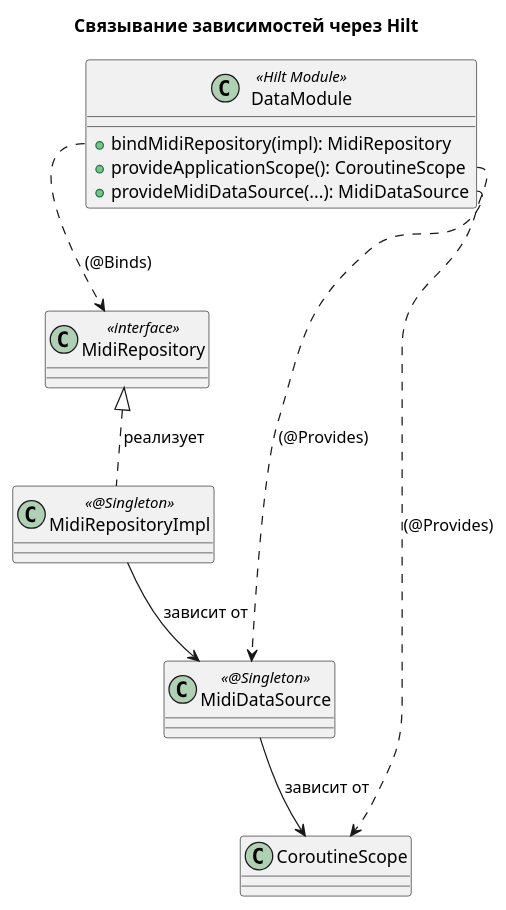
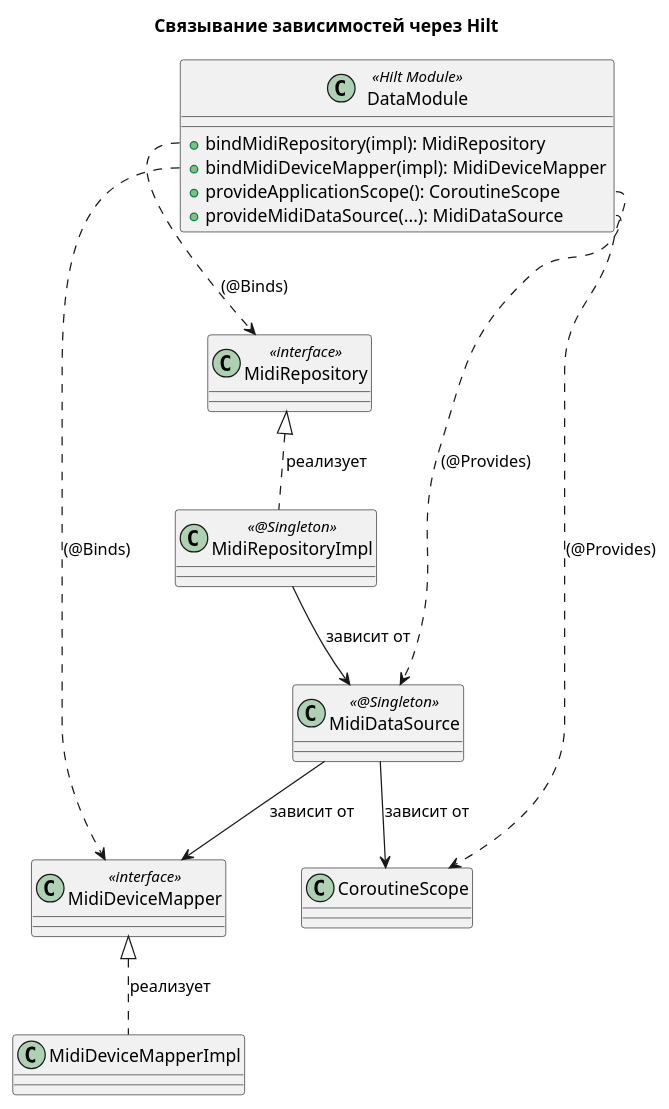
The second of 3 diagrams in docs/ts/MIDI_CONNECTION.md (astrizhachuk/PianoFlow), drawn with PlantUML before and after one commit. The commit also changed other lines of this file and 13 other files, not shown here.

````diff
--- a/docs/ts/MIDI_CONNECTION.md
+++ b/docs/ts/MIDI_CONNECTION.md
@@ -137,25 +143,31 @@
 ```plantuml
 @startuml
 title Связывание зависимостей через Hilt
 
 class MidiRepository <<interface>>
 class MidiRepositoryImpl <<@Singleton>>
+class MidiDeviceMapper <<interface>>
+class MidiDeviceMapperImpl
 class MidiDataSource <<@Singleton>>
 class CoroutineScope
 
 class DataModule <<Hilt Module>> {
   +bindMidiRepository(impl): MidiRepository
+  +bindMidiDeviceMapper(impl): MidiDeviceMapper
   +provideApplicationScope(): CoroutineScope
   +provideMidiDataSource(...): MidiDataSource
 }
 
 MidiRepositoryImpl .up.|> MidiRepository : реализует
+MidiDeviceMapperImpl .up.|> MidiDeviceMapper : реализует
 MidiRepositoryImpl --> MidiDataSource : зависит от
 MidiDataSource --> CoroutineScope : зависит от
+MidiDataSource --> MidiDeviceMapper : зависит от
 
 DataModule::bindMidiRepository ..> MidiRepository : "(@Binds)"
+DataModule::bindMidiDeviceMapper ..> MidiDeviceMapper : "(@Binds)"
 DataModule::provideMidiDataSource ..> MidiDataSource : "(@Provides)"
 DataModule::provideApplicationScope ..> CoroutineScope : "(@Provides)"
 
 @enduml
 ```
````
